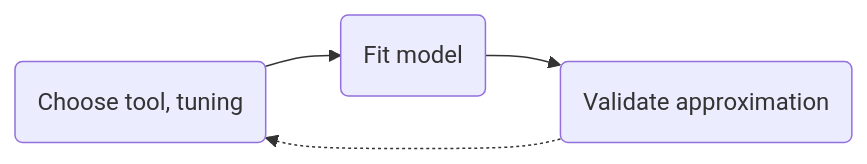
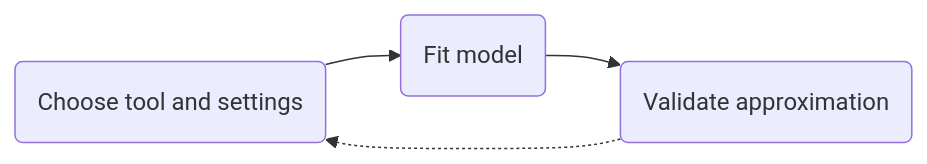
The fourth of 15 diagrams in lectures/abm4.qmd (bonStats/mash-abm), drawn with Mermaid before and after one commit. The commit also changed other lines of this file and 39 other files, not shown here.

````diff
--- a/lectures/abm4.qmd
+++ b/lectures/abm4.qmd
@@ -113,6 +113,6 @@
 ```{mermaid}
 flowchart LR
-  A(Choose tool, tuning) --> B(Fit model)
+  A(Choose tool and settings) --> B(Fit model)
   B --> C(Validate approximation)
   C -.-> A
 ```
````
